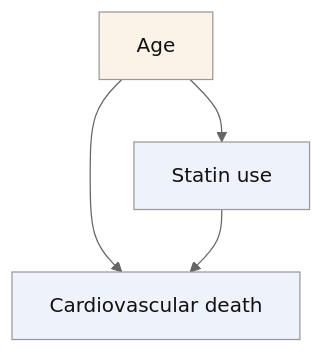
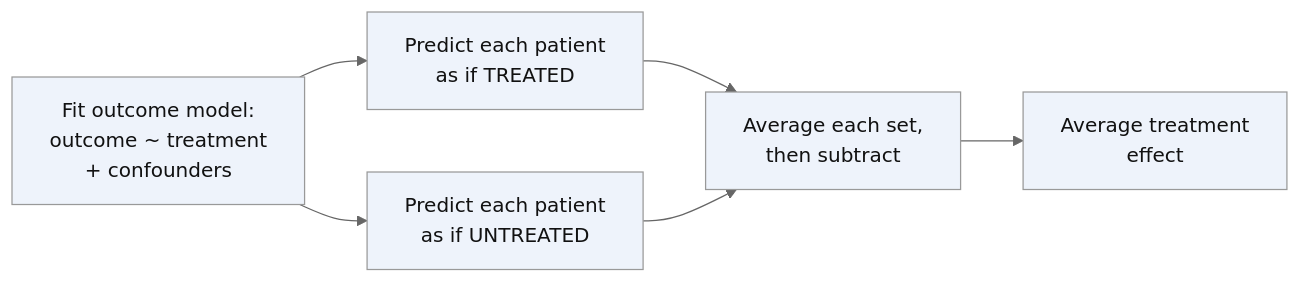
One commit to mark-khurana/ML_and_Stats_Course changed the first of 2 diagrams in advanced/17_causal_inference.qmd. Above: the diagram before and after it, drawn with Mermaid (neutral theme). The commit also changed other lines of this file and 24 other files, not shown here.

````diff
--- a/advanced/17_causal_inference.qmd
+++ b/advanced/17_causal_inference.qmd
@@ -75,16 +736,17 @@
 ```{mermaid}
+%%| eval: true
 %%| echo: false
-%%| eval: true
-%%| label: fig-dag-basic
-%%| fig-cap: "A simple DAG showing confounding, drawn as a top-down triangle. Age (gold) is a common cause: it points into BOTH statin use and cardiovascular death, so the raw statin-death association is confounded. This fork shape (one cause into two) is what makes it confounding rather than a chain."
-graph TD
-    Age["Age"]
-    StatinUse["Statin use"]
-    CVDeath["Cardiovascular death"]
-    Age --> StatinUse
-    Age --> CVDeath
-    StatinUse --> CVDeath
-    style Age fill:#fbf3e8,color:#111
-    style StatinUse fill:#eef3fb,color:#111
-    style CVDeath fill:#eef3fb,color:#111
+%%| label: fig-gcomp-steps
+%%| fig-cap: "G-computation in three steps: fit one outcome model, predict every patient's outcome under each treatment, then average and contrast to obtain the average treatment effect."
+graph LR
+    A["Fit outcome model:<br/>outcome ~ treatment<br/>+ confounders"] --> B["Predict each patient<br/>as if TREATED"]
+    A --> C["Predict each patient<br/>as if UNTREATED"]
+    B --> D["Average each set,<br/>then subtract"]
+    C --> D
+    D --> E["Average treatment<br/>effect"]
+    style A fill:#eef3fb,color:#111
+    style B fill:#eef3fb,color:#111
+    style C fill:#eef3fb,color:#111
+    style D fill:#eef3fb,color:#111
+    style E fill:#eef3fb,color:#111
 ```
````
